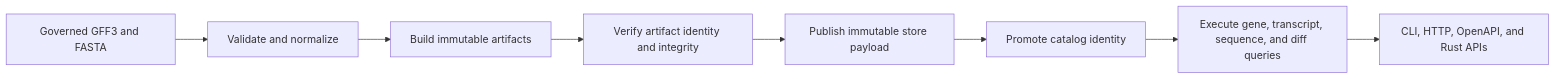
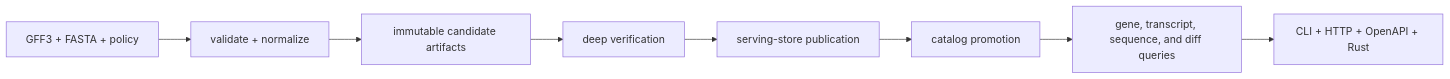
One commit to bijux/bijux-atlas changed the first of 3 diagrams in docs/bijux-atlas/index.md. Above: the diagram before and after it, drawn with Mermaid. The commit also changed other lines of this file and 1 other file, not shown here.

````diff
--- a/docs/bijux-atlas/index.md
+++ b/docs/bijux-atlas/index.md
@@ -16,10 +16,10 @@
 ```mermaid
 flowchart LR
-    Inputs[Governed GFF3 and FASTA] --> Ingest[Validate and normalize]
-    Ingest --> Build[Build immutable artifacts]
-    Build --> Verify[Verify artifact identity and integrity]
-    Verify --> Store[Publish immutable store payload]
-    Store --> Catalog[Promote catalog identity]
-    Catalog --> Query[Execute gene, transcript, sequence, and diff queries]
-    Query --> Interfaces[CLI, HTTP, OpenAPI, and Rust APIs]
+    Inputs["GFF3 + FASTA + policy"] --> Ingest["validate + normalize"]
+    Ingest --> Artifacts["immutable candidate artifacts"]
+    Artifacts --> Verify["deep verification"]
+    Verify --> Store["serving-store publication"]
+    Store --> Catalog["catalog promotion"]
+    Catalog --> Query["gene, transcript, sequence, and diff queries"]
+    Query --> Surface["CLI + HTTP + OpenAPI + Rust"]
 ```
````
